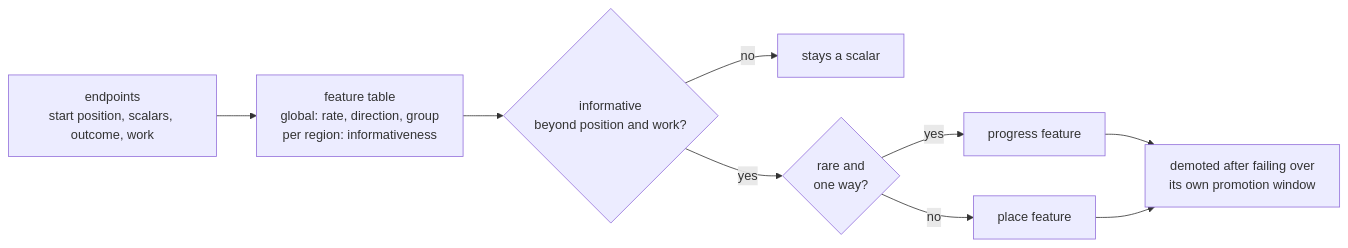
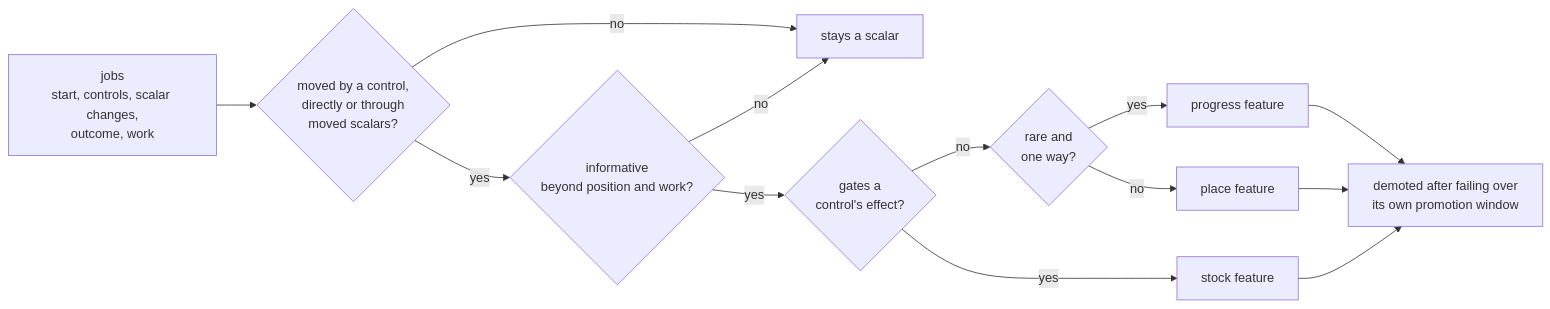
Before and after one commit to pH14/harmony: the second of 4 diagrams in DISSONANCE-V3-DESIGN.md, drawn with Mermaid. The commit also changed other lines of this file, not shown here.

First line of the commit message:
Learn which scalars each control moves and define stock as a scalar that gates a control's effect

````diff
--- a/DISSONANCE-V3-DESIGN.md
+++ b/DISSONANCE-V3-DESIGN.md
@@ -109,11 +149,15 @@
 ```mermaid
 flowchart LR
-    R[endpoints<br/>start position, scalars, outcome, work] --> C[feature table<br/>global: rate, direction, group<br/>per region: informativeness]
-    C --> I{informative<br/>beyond position and work?}
-    I -- no --> D[stays a scalar]
-    I -- yes --> K{rare and<br/>one way?}
+    R[jobs<br/>start, controls, scalar changes,<br/>outcome, work] --> E{moved by a control,<br/>directly or through<br/>moved scalars?}
+    E -- no --> D[stays a scalar]
+    E -- yes --> I{informative<br/>beyond position and work?}
+    I -- no --> D
+    I -- yes --> G{gates a<br/>control's effect?}
+    G -- yes --> S[stock feature]
+    G -- no --> K{rare and<br/>one way?}
     K -- yes --> A[progress feature]
     K -- no --> B[place feature]
     A --> M[demoted after failing over<br/>its own promotion window]
     B --> M
+    S --> M
 ```
````
